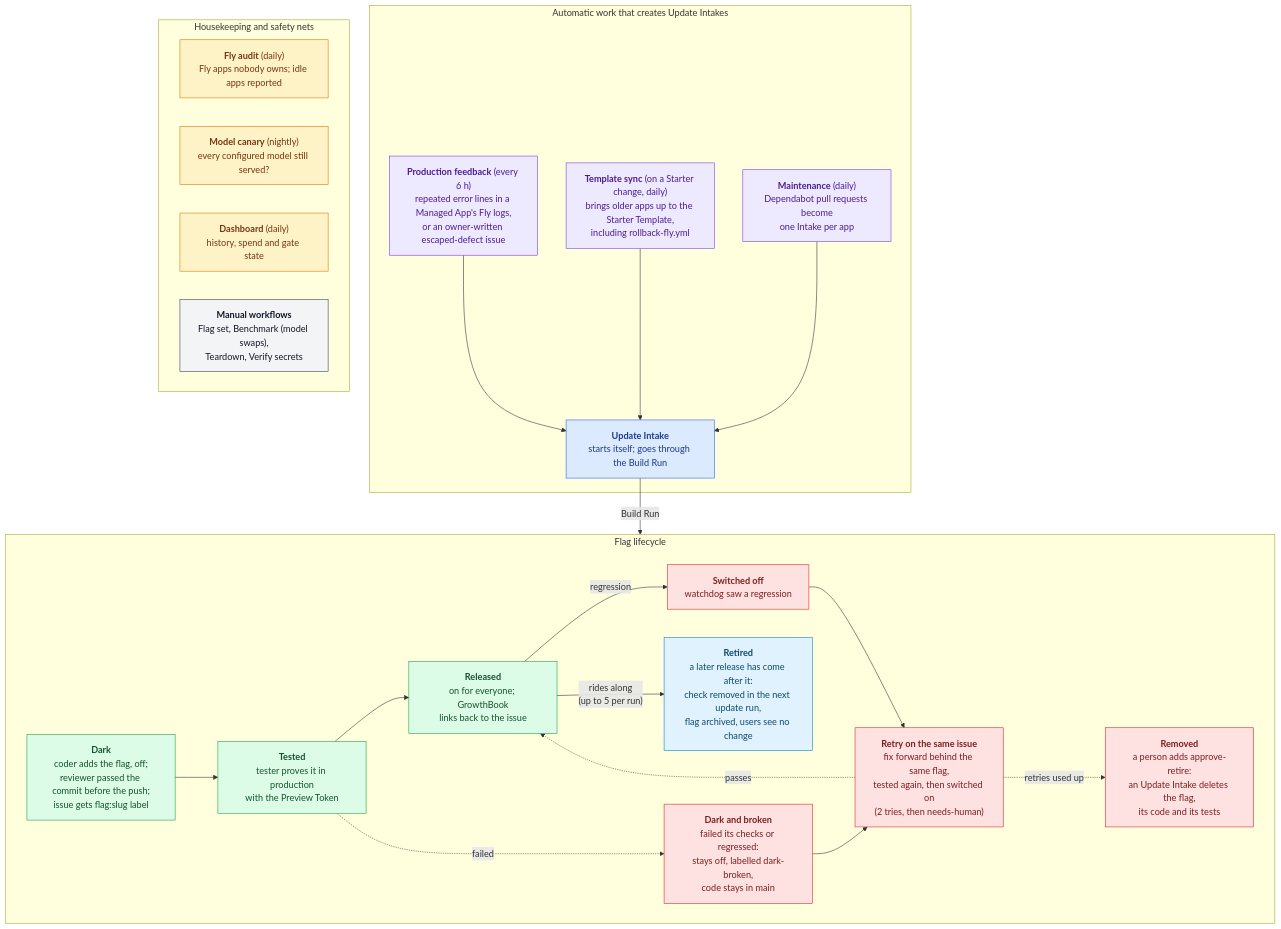
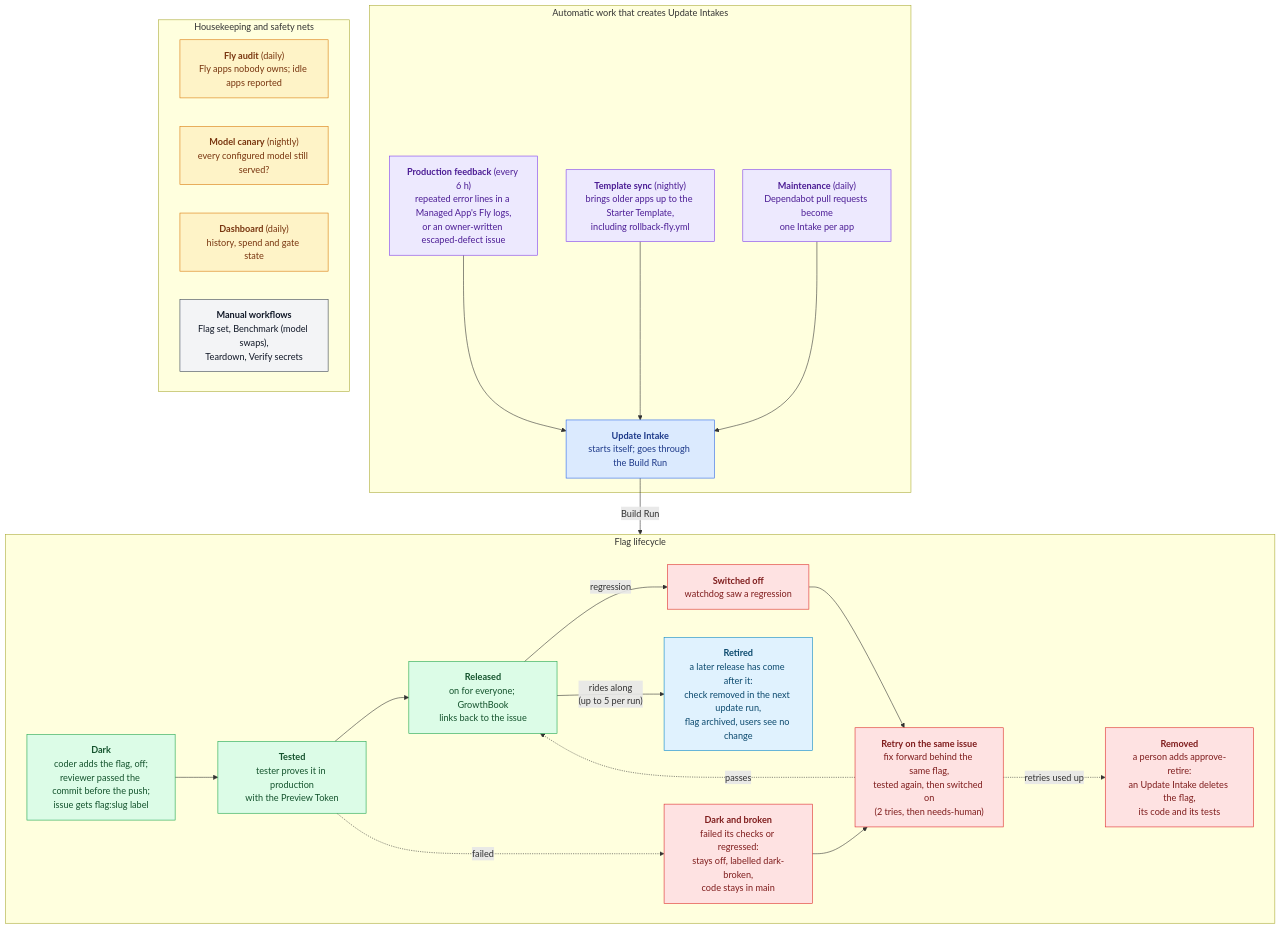
One commit to ojones/ai-factory changed the third of 3 diagrams in docs/diagrams.md. Above: the diagram before and after it, drawn with Mermaid. The commit also changed 12 other files, not shown here.

First line of the commit message:
Score review findings from structure, retest unverified checks, template sync nightly only

````diff
--- a/docs/diagrams.md
+++ b/docs/diagrams.md
@@ -127,48 +127,48 @@
 ```mermaid
 flowchart TB
   subgraph LIFE["Flag lifecycle"]
     direction LR
     dark["<b>Dark</b><br/>coder adds the flag, off;<br/>reviewer passed the commit before the push;<br/>issue gets flag:slug label"]:::agent
     tested["<b>Tested</b><br/>tester proves it in production<br/>with the Preview Token"]:::agent
     released["<b>Released</b><br/>on for everyone; GrowthBook<br/>links back to the issue"]:::agent
     off["<b>Switched off</b><br/>watchdog saw a regression"]:::bad
     broken["<b>Dark and broken</b><br/>failed its checks or regressed:<br/>stays off, labelled dark-broken,<br/>code stays in main"]:::bad
     fixed["<b>Retry on the same issue</b><br/>fix forward behind the same flag,<br/>tested again, then switched on<br/>(2 tries, then needs-human)"]:::bad
     removed["<b>Removed</b><br/>a person adds approve-retire:<br/>an Update Intake deletes the flag,<br/>its code and its tests"]:::bad
     retired["<b>Retired</b><br/>a later release has come after it:<br/>check removed in the next update run,<br/>flag archived, users see no change"]:::info
     dark --> tested --> released
     tested -. "failed" .-> broken
     released -- regression --> off --> fixed
     broken --> fixed
     fixed -. "passes" .-> released
     fixed -. "retries used up" .-> removed
     released -- "rides along<br/>(up to 5 per run)" --> retired
   end
 
   subgraph AUTO["Automatic work that creates Update Intakes"]
     pf["<b>Production feedback</b> (every 6 h)<br/>repeated error lines in a Managed App's Fly logs,<br/>or an owner-written escaped-defect issue"]:::auto
-    ts["<b>Template sync</b> (on a Starter change, daily)<br/>brings older apps up to the Starter Template,<br/>including rollback-fly.yml"]:::auto
+    ts["<b>Template sync</b> (nightly)<br/>brings older apps up to the Starter Template,<br/>including rollback-fly.yml"]:::auto
     mt["<b>Maintenance</b> (daily)<br/>Dependabot pull requests become<br/>one Intake per app"]:::auto
     ui["<b>Update Intake</b><br/>starts itself; goes through the Build Run"]:::human
     pf --> ui
     ts --> ui
     mt --> ui
   end
 
   subgraph WATCH["Housekeeping and safety nets"]
     fa["<b>Fly audit</b> (daily)<br/>Fly apps nobody owns; idle apps reported"]:::ci
     mc["<b>Model canary</b> (nightly)<br/>every configured model still served?"]:::ci
     db["<b>Dashboard</b> (daily)<br/>history, spend and gate state"]:::ci
     man["<b>Manual workflows</b><br/>Flag set, Benchmark (model swaps),<br/>Teardown, Verify secrets"]:::det
   end
 
   ui -- "Build Run" --> dark
 
   classDef agent fill:#dcfce7,stroke:#16a34a,color:#14532d
   classDef det fill:#f3f4f6,stroke:#374151,color:#111827
   classDef ci fill:#fef3c7,stroke:#d97706,color:#78350f
   classDef bad fill:#fee2e2,stroke:#dc2626,color:#7f1d1d
   classDef auto fill:#ede9fe,stroke:#7c3aed,color:#4c1d95
   classDef human fill:#dbeafe,stroke:#2563eb,color:#1e3a8a
   classDef info fill:#e0f2fe,stroke:#0284c7,color:#0c4a6e
 ```
````
